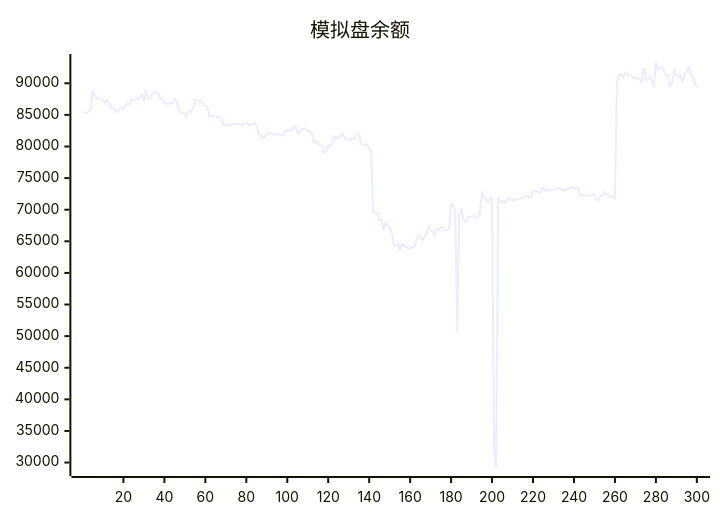
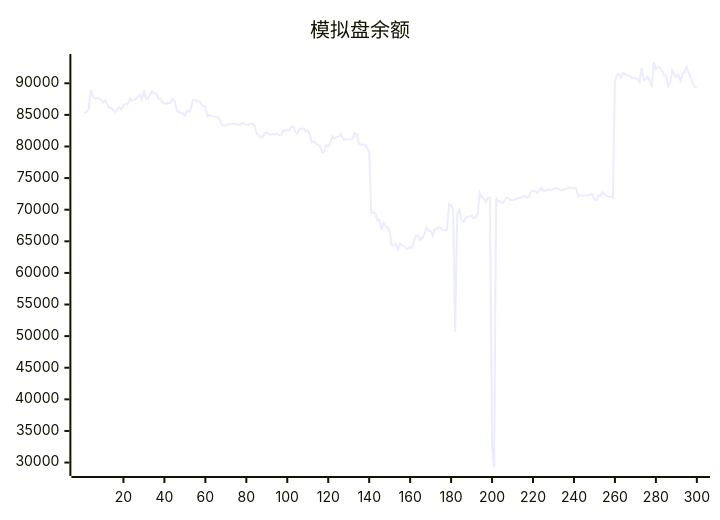
The diagram in README.md (aahl/ai-trading), drawn with Mermaid before and after one commit. The commit also changed other lines of this file and 1 other file, not shown here.

````diff
--- a/README.md
+++ b/README.md
@@ -5,5 +5,5 @@
 ```mermaid
 xychart
     title "模拟盘余额"
-    line [85393,85294,85538,85894,88904,88012,87567,87625,87568,87386,86920,87313,86737,86094,86143,85725,85437,85787,86219,85859,86526,86740,86630,87563,87264,87335,87483,87886,88180,87335,88894,87544,87608,88207,88755,88401,88444,87543,87608,87000,86810,86740,86894,86884,87576,87209,85686,85435,85251,85255,84820,85689,85453,86066,87420,87373,87161,87178,86740,86341,86315,84643,85012,84772,84768,84690,84635,84376,83360,83357,83259,83474,83608,83606,83602,83548,83440,83454,83724,83644,83464,83365,83590,83592,83275,82072,81806,81344,81492,82109,82254,82006,81848,81955,81829,82022,81769,81776,82522,82441,82656,82498,83144,83144,82150,82038,82797,82763,82872,82367,82536,81981,80612,80862,80484,80242,80034,79063,79245,80226,80016,80507,81625,81233,81544,81578,82016,81401,81019,81186,81130,81118,81306,82066,81909,80392,80304,80291,80258,79729,79261,69466,69579,69456,68251,68415,66832,67911,67462,67144,66432,64380,64375,64606,63740,64647,64324,64216,63842,63877,64078,64008,65156,65945,65888,65157,65625,66144,67284,66653,66639,65924,66925,66956,67263,67108,66766,66729,66886,70927,70673,70049,50652,69334,69973,68400,68061,68578,68876,68879,69055,68662,68822,69329,72687,71999,71760,71162,71911,71896,32500,29218,71927,71297,71305,71044,71337,71883,71822,71536,71536,71622,71723,71880,71860,72100,72216,71887,72077,72940,72976,72966,72638,72948,73497,73004,73041,73173,73160,73186,73258,73375,73351,73173,73098,73161,73305,73474,73536,73457,73413,73412,72100,72333,72164,72272,72204,72285,72461,72421,71652,71521,72267,72157,72774,72424,72144,72060,72091,71858,90185,91338,91466,90900,91678,91404,91268,91244,90903,90779,90787,90721,90187,92429,90518,90619,91070,90328,89376,93286,92202,92581,92485,91947,91196,91259,89619,90086,92063,91355,90950,91327,90373,91498,91800,92531,91603,90910,90031,89351]
+    line [85294,85538,85894,88904,88012,87567,87625,87568,87386,86920,87313,86737,86094,86143,85725,85437,85787,86219,85859,86526,86740,86630,87563,87264,87335,87483,87886,88180,87335,88894,87544,87608,88207,88755,88401,88444,87543,87608,87000,86810,86740,86894,86884,87576,87209,85686,85435,85251,85255,84820,85689,85453,86066,87420,87373,87161,87178,86740,86341,86315,84643,85012,84772,84768,84690,84635,84376,83360,83357,83259,83474,83608,83606,83602,83548,83440,83454,83724,83644,83464,83365,83590,83592,83275,82072,81806,81344,81492,82109,82254,82006,81848,81955,81829,82022,81769,81776,82522,82441,82656,82498,83144,83144,82150,82038,82797,82763,82872,82367,82536,81981,80612,80862,80484,80242,80034,79063,79245,80226,80016,80507,81625,81233,81544,81578,82016,81401,81019,81186,81130,81118,81306,82066,81909,80392,80304,80291,80258,79729,79261,69466,69579,69456,68251,68415,66832,67911,67462,67144,66432,64380,64375,64606,63740,64647,64324,64216,63842,63877,64078,64008,65156,65945,65888,65157,65625,66144,67284,66653,66639,65924,66925,66956,67263,67108,66766,66729,66886,70927,70673,70049,50652,69334,69973,68400,68061,68578,68876,68879,69055,68662,68822,69329,72687,71999,71760,71162,71911,71896,32500,29218,71927,71297,71305,71044,71337,71883,71822,71536,71536,71622,71723,71880,71860,72100,72216,71887,72077,72940,72976,72966,72638,72948,73497,73004,73041,73173,73160,73186,73258,73375,73351,73173,73098,73161,73305,73474,73536,73457,73413,73412,72100,72333,72164,72272,72204,72285,72461,72421,71652,71521,72267,72157,72774,72424,72144,72060,72091,71858,90185,91338,91466,90900,91678,91404,91268,91244,90903,90779,90787,90721,90187,92429,90518,90619,91070,90328,89376,93286,92202,92581,92485,91947,91196,91259,89619,90086,92063,91355,90950,91327,90373,91498,91800,92531,91603,90910,90031,89351,89334]
 ```
````
